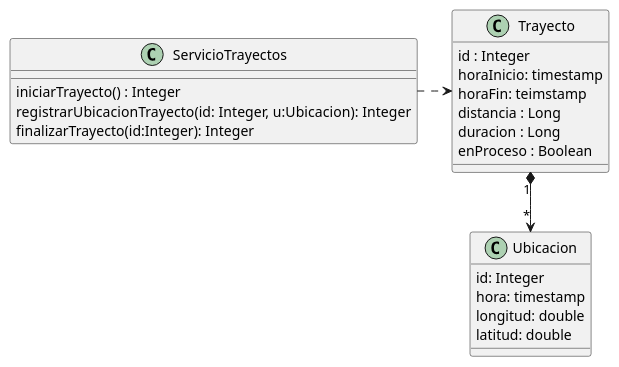
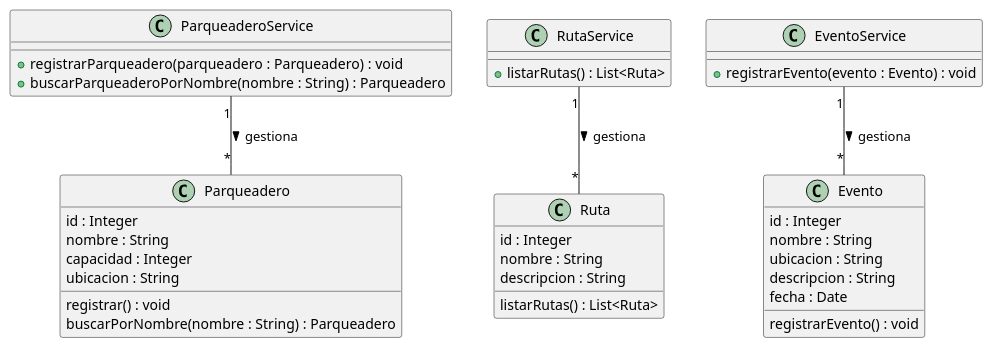
One commit to ValeriaArenasB/CycloQuestWeb changed the diagram in docs/clases-servicio.md. Above: the diagram before and after it, drawn with PlantUML. The commit also changed other lines of this file and 5 other files, not shown here.

Commit message:
actualizar los casos de uso y diagramas

````diff
--- a/docs/clases-servicio.md
+++ b/docs/clases-servicio.md
@@ -12,32 +7,50 @@
 ```uml
 @startuml
 
-class ServicioTrayectos {
-  iniciarTrayecto() : Integer
-  registrarUbicacionTrayecto(id: Integer, u:Ubicacion): Integer
-  finalizarTrayecto(id:Integer): Integer
+class ParqueaderoService {
+  + registrarParqueadero(parqueadero : Parqueadero) : void
+  + buscarParqueaderoPorNombre(nombre : String) : Parqueadero
 }
 
-class Trayecto {
-  id : Integer
-  horaInicio: timestamp
-  horaFin: teimstamp
-  distancia : Long
-  duracion : Long
-  enProceso : Boolean
+class RutaService {
+  + listarRutas() : List<Ruta>
 }
 
-
-class Ubicacion {
-  id: Integer
-  hora: timestamp
-  longitud: double
-  latitud: double 
+class EventoService {
+  + registrarEvento(evento : Evento) : void
 }
 
-Trayecto "1" *-d-> "*" Ubicacion
+class Parqueadero {
+  id : Integer
+  nombre : String
+  capacidad : Integer
+  ubicacion : String
 
-ServicioTrayectos ..r..> Trayecto
+  registrar() : void
+  buscarPorNombre(nombre : String) : Parqueadero
+}
+
+class Ruta {
+  id : Integer
+  nombre : String
+  descripcion : String
+
+  listarRutas() : List<Ruta>
+}
+
+class Evento {
+  id : Integer
+  nombre : String
+  ubicacion : String
+  descripcion : String
+  fecha : Date
+
+  registrarEvento() : void
+}
+
+ParqueaderoService "1" -- "*" Parqueadero : gestiona >
+RutaService "1" -- "*" Ruta : gestiona >
+EventoService "1" -- "*" Evento : gestiona >
 
 @enduml
 ```
````
